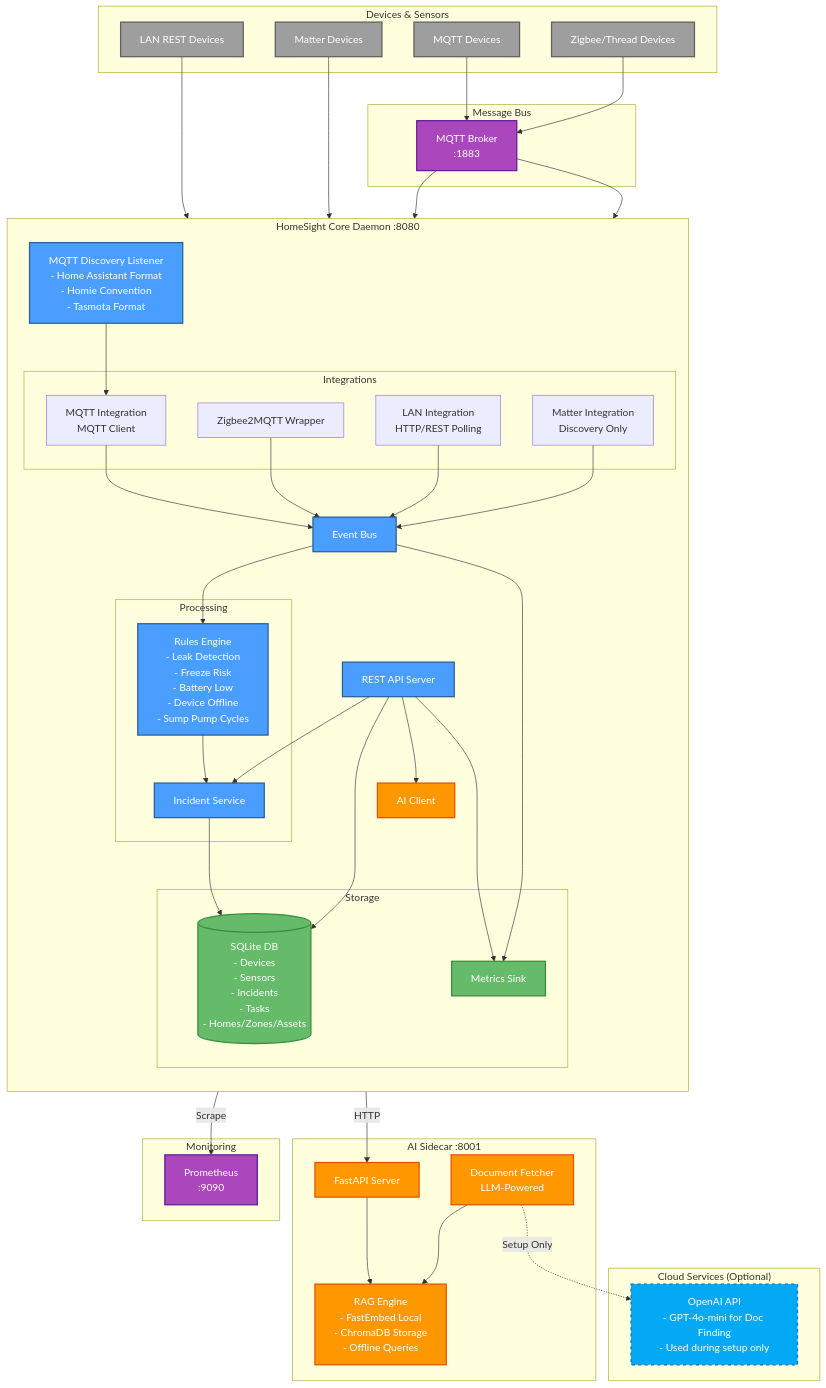
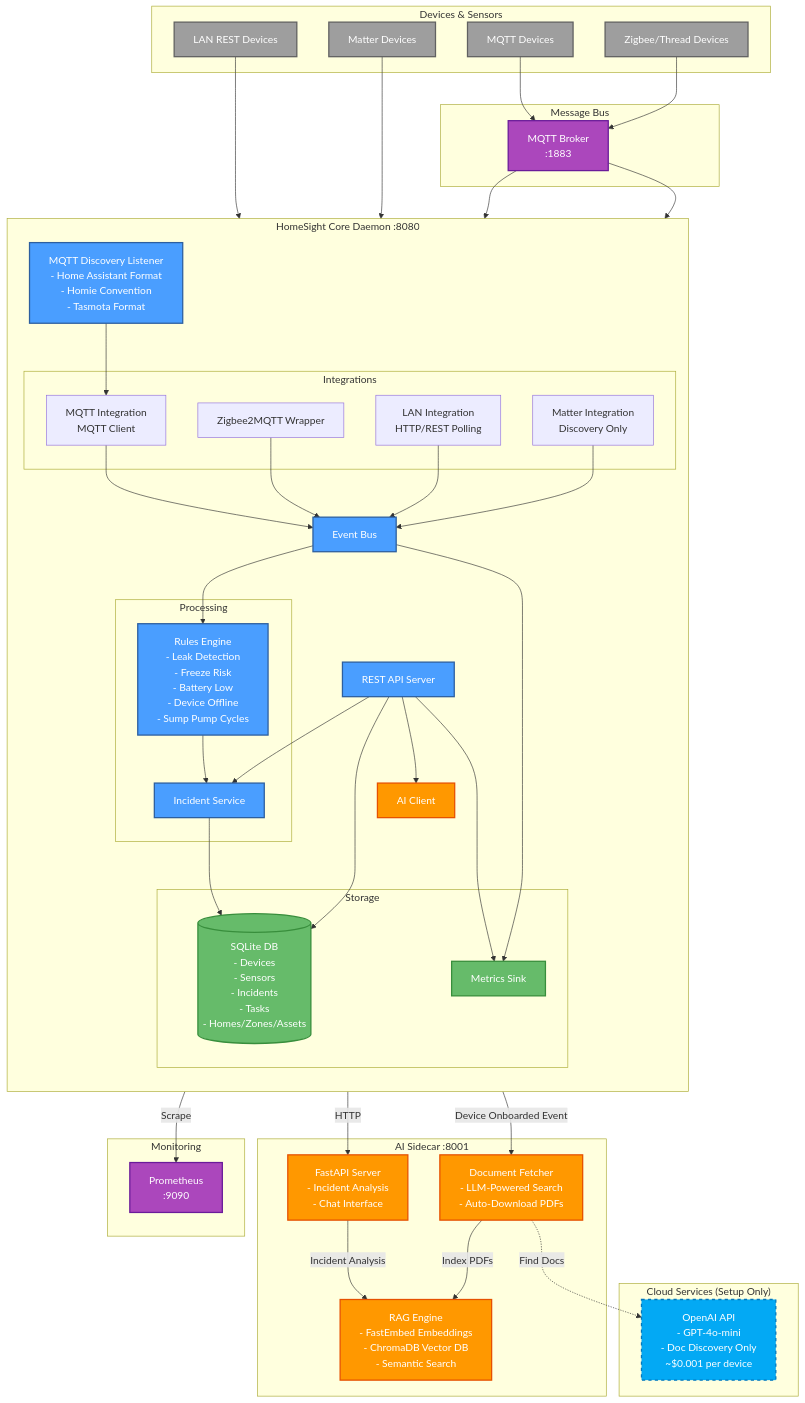
Before and after one commit to jbetancur/homesight: the diagram in README.md, drawn with Mermaid. The commit also changed other lines of this file and 17 other files, not shown here.

```diff
--- a/README.md
+++ b/README.md
@@ -303,13 +306,13 @@
     end
 
     subgraph "AI Sidecar :8001"
-        AI_API[FastAPI Server]
-        DOC_FETCH[Document Fetcher<br/>LLM-Powered]
-        RAG[RAG Engine<br/>- FastEmbed Local<br/>- ChromaDB Storage<br/>- Offline Queries]
+        AI_API[FastAPI Server<br/>- Incident Analysis<br/>- Chat Interface]
+        DOC_FETCH[Document Fetcher<br/>- LLM-Powered Search<br/>- Auto-Download PDFs]
+        RAG[RAG Engine<br/>- FastEmbed Embeddings<br/>- ChromaDB Vector DB<br/>- Semantic Search]
     end
-    
-    subgraph "Cloud Services (Optional)"
-        OPENAI[OpenAI API<br/>- GPT-4o-mini for Doc Finding<br/>- Used during setup only]
+
+    subgraph "Cloud Services (Setup Only)"
+        OPENAI[OpenAI API<br/>- GPT-4o-mini<br/>- Doc Discovery Only<br/>~$0.001 per device]
     end
 
     subgraph "Monitoring"
@@ -345,9 +348,10 @@
     
     %% AI connections
     AI_CLIENT -->|HTTP| AI_API
-    AI_API --> RAG
-    DOC_FETCH -.->|Setup Only| OPENAI
-    DOC_FETCH --> RAG
+    AI_API -->|Incident Analysis| RAG
+    API -->|Device Onboarded Event| DOC_FETCH
+    DOC_FETCH -.->|Find Docs| OPENAI
+    DOC_FETCH -->|Index PDFs| RAG
     
     %% Metrics
     METRICS -->|Scrape| PROM
```
